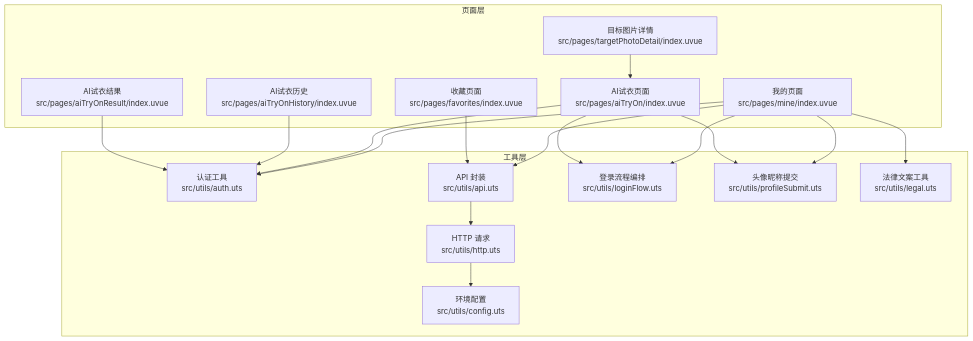
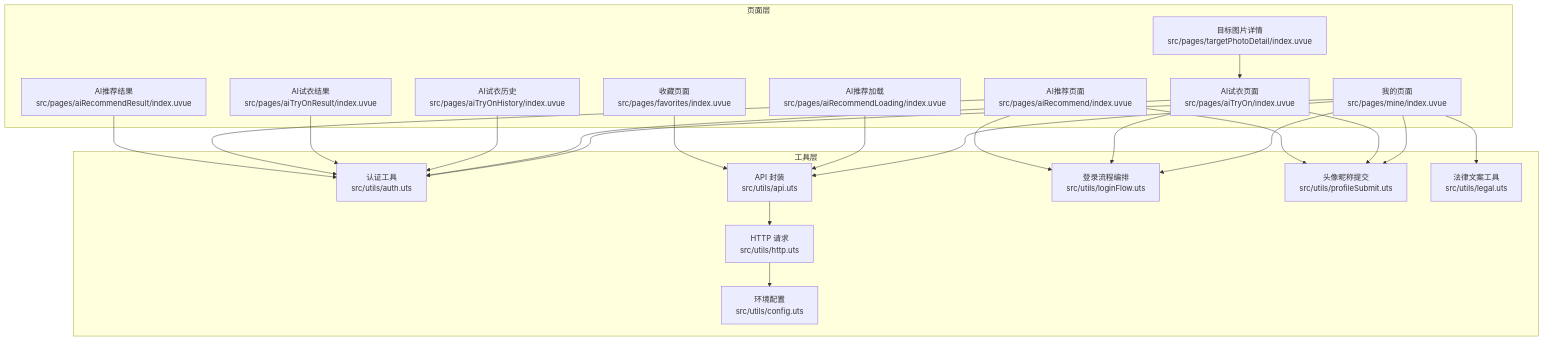
One commit to crazyma99/blueberry changed the first of 14 diagrams in .qoder/repowiki/zh/content/核心功能模块/用户认证系统.md. Above: the diagram before and after it, drawn with Mermaid. The commit also changed other lines of this file and 6 other files, not shown here.

````diff
--- a/.qoder/repowiki/zh/content/核心功能模块/用户认证系统.md
+++ b/.qoder/repowiki/zh/content/核心功能模块/用户认证系统.md
@@ -54,34 +58,42 @@
 ```mermaid
 graph TB
 subgraph "页面层"
 Mine["我的页面<br/>src/pages/mine/index.uvue"]
 Favorites["收藏页面<br/>src/pages/favorites/index.uvue"]
 AiTryOn["AI试衣页面<br/>src/pages/aiTryOn/index.uvue"]
 TargetPhoto["目标图片详情<br/>src/pages/targetPhotoDetail/index.uvue"]
 AiTryOnHistory["AI试衣历史<br/>src/pages/aiTryOnHistory/index.uvue"]
 AiTryOnResult["AI试衣结果<br/>src/pages/aiTryOnResult/index.uvue"]
+AiRecommend["AI推荐页面<br/>src/pages/aiRecommend/index.uvue"]
+AiRecommendLoading["AI推荐加载<br/>src/pages/aiRecommendLoading/index.uvue"]
+AiRecommendResult["AI推荐结果<br/>src/pages/aiRecommendResult/index.uvue"]
 end
 subgraph "工具层"
 Auth["认证工具<br/>src/utils/auth.uts"]
 Api["API 封装<br/>src/utils/api.uts"]
 Http["HTTP 请求<br/>src/utils/http.uts"]
 LoginFlow["登录流程编排<br/>src/utils/loginFlow.uts"]
 ProfileSubmit["头像昵称提交<br/>src/utils/profileSubmit.uts"]
 Legal["法律文案工具<br/>src/utils/legal.uts"]
 Config["环境配置<br/>src/utils/config.uts"]
 end
 Mine --> Auth
 Mine --> Api
 Mine --> LoginFlow
 Mine --> ProfileSubmit
 Mine --> Legal
 AiTryOn --> LoginFlow
 AiTryOn --> ProfileSubmit
 AiTryOn --> Auth
 AiTryOnHistory --> Auth
 AiTryOnResult --> Auth
 TargetPhoto --> AiTryOn
+AiRecommend --> LoginFlow
+AiRecommend --> ProfileSubmit
+AiRecommend --> Auth
+AiRecommendLoading --> Api
+AiRecommendResult --> Auth
 Favorites --> Api
 Api --> Http
 Http --> Config
 ```
````
